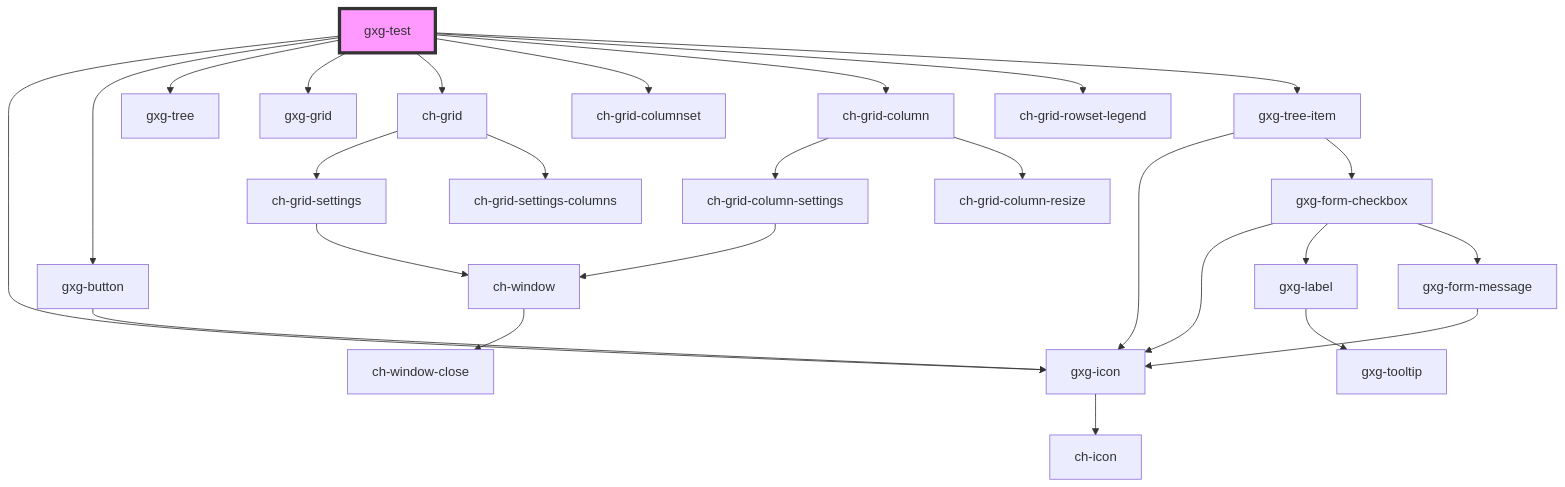
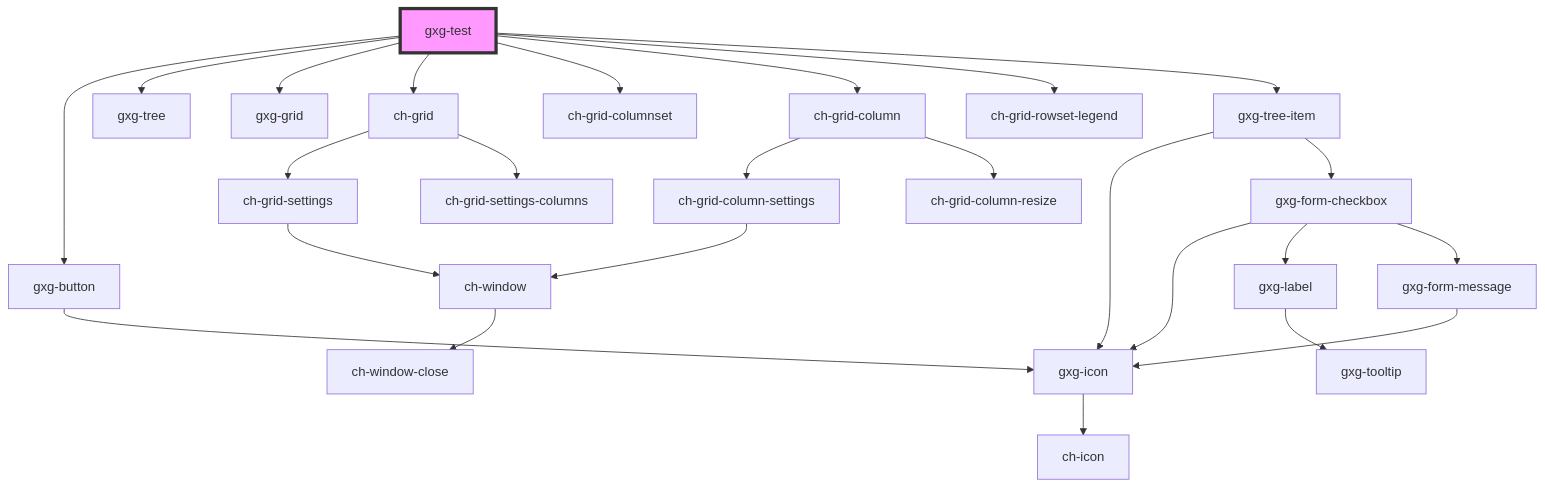
The diagram in src/components/test/readme.md (genexuslabs/gemini), drawn with Mermaid before and after one commit. The commit also changed other lines of this file and 12 other files, not shown here.

````diff
--- a/src/components/test/readme.md
+++ b/src/components/test/readme.md
@@ -38,29 +37,28 @@
 ```mermaid
 graph TD;
-  gxg-test --> gxg-icon
   gxg-test --> gxg-button
   gxg-test --> gxg-tree
   gxg-test --> gxg-grid
   gxg-test --> ch-grid
   gxg-test --> ch-grid-columnset
   gxg-test --> ch-grid-column
   gxg-test --> ch-grid-rowset-legend
   gxg-test --> gxg-tree-item
+  gxg-button --> gxg-icon
   gxg-icon --> ch-icon
-  gxg-button --> gxg-icon
   ch-grid --> ch-grid-settings
   ch-grid --> ch-grid-settings-columns
   ch-grid-settings --> ch-window
   ch-window --> ch-window-close
   ch-grid-column --> ch-grid-column-settings
   ch-grid-column --> ch-grid-column-resize
   ch-grid-column-settings --> ch-window
   gxg-tree-item --> gxg-icon
   gxg-tree-item --> gxg-form-checkbox
   gxg-form-checkbox --> gxg-icon
   gxg-form-checkbox --> gxg-label
   gxg-form-checkbox --> gxg-form-message
   gxg-label --> gxg-tooltip
   gxg-form-message --> gxg-icon
   style gxg-test fill:#f9f,stroke:#333,stroke-width:4px
 ```
````
